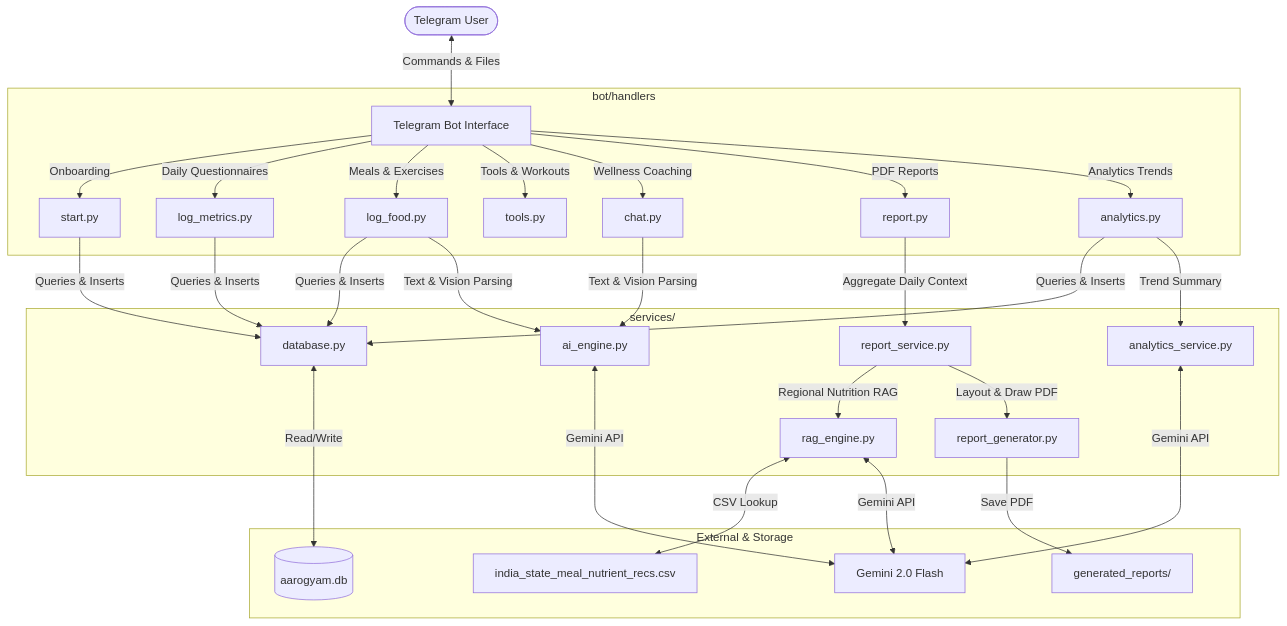
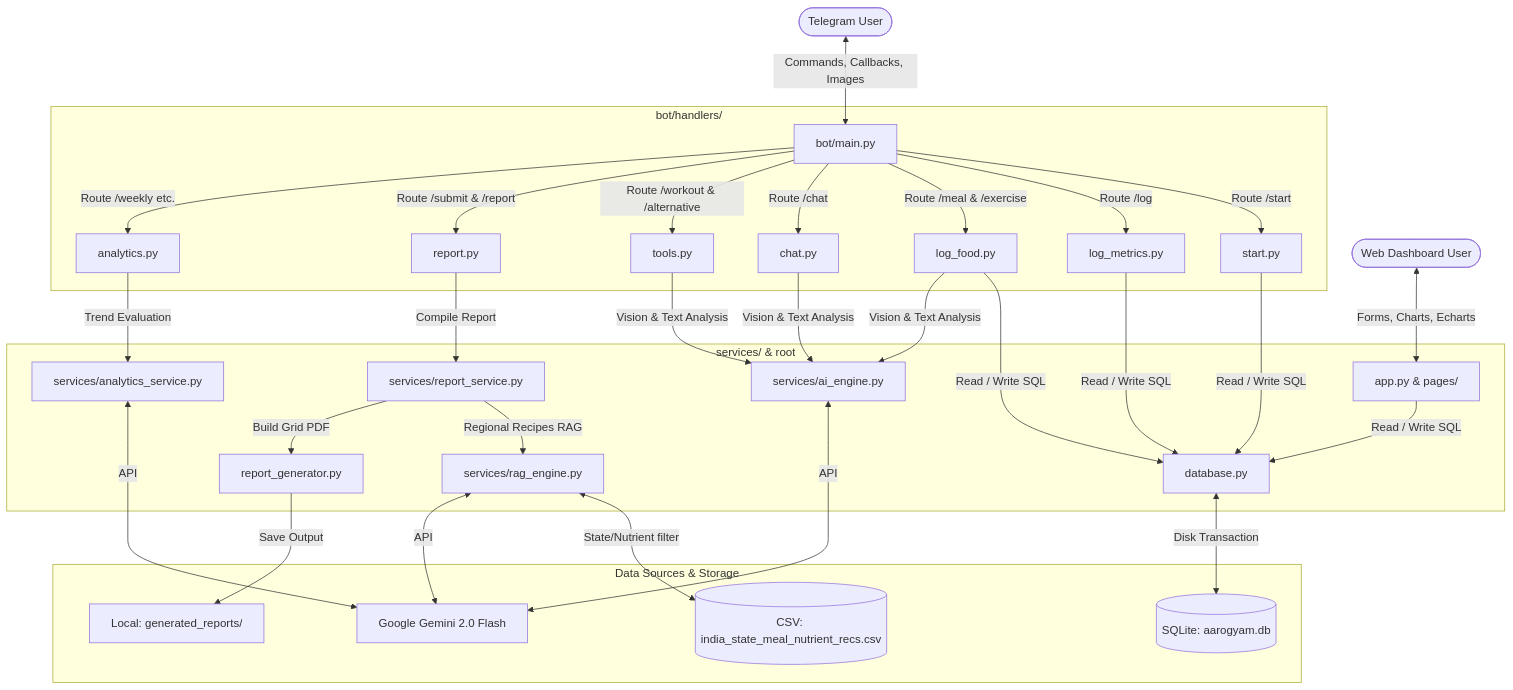
Before and after one commit to swaraj-dash/AarogyamAI: the first of 2 diagrams in PROJECT_DOCUMENTATION.md, drawn with Mermaid. The commit also changed other lines of this file, not shown here.

Commit message:
Docs: finalized complete repository technical blueprint and database DDL schemas

````diff
--- a/PROJECT_DOCUMENTATION.md
+++ b/PROJECT_DOCUMENTATION.md
@@ -11,30 +60,31 @@
 ```mermaid
 graph TD
-    User([Telegram User]) <-->|Commands & Files| TelegramBot[Telegram Bot Interface]
+    User([Telegram User]) <-->|Commands, Callbacks, Images| BotMain[bot/main.py]
+    WebUser([Web Dashboard User]) <-->|Forms, Charts, Echarts| StreamlitApp[app.py & pages/]
     
-    subgraph Bot Layer [bot/handlers]
-        TelegramBot -->|Onboarding| OnboardingH[start.py]
-        TelegramBot -->|Daily Questionnaires| LogMetricsH[log_metrics.py]
-        TelegramBot -->|Meals & Exercises| LogFoodH[log_food.py]
-        TelegramBot -->|Tools & Workouts| ToolsH[tools.py]
-        TelegramBot -->|Wellness Coaching| ChatH[chat.py]
-        TelegramBot -->|PDF Reports| ReportH[report.py]
-        TelegramBot -->|Analytics Trends| AnalyticsH[analytics.py]
+    subgraph Bot Handlers [bot/handlers/]
+        BotMain -->|Route /start| StartH[start.py]
+        BotMain -->|Route /log| LogMetricsH[log_metrics.py]
+        BotMain -->|Route /meal & /exercise| LogFoodH[log_food.py]
+        BotMain -->|Route /chat| ChatH[chat.py]
+        BotMain -->|Route /workout & /alternative| ToolsH[tools.py]
+        BotMain -->|Route /submit & /report| ReportH[report.py]
+        BotMain -->|Route /weekly etc.| AnalyticsH[analytics.py]
     end
 
-    subgraph Service Layer [services/]
-        LogMetricsH & LogFoodH & AnalyticsH & OnboardingH -->|Queries & Inserts| DB[database.py]
-        ChatH & LogFoodH -->|Text & Vision Parsing| AIEngine[ai_engine.py]
-        ReportH -->|Aggregate Daily Context| ReportService[report_service.py]
-        ReportService -->|Regional Nutrition RAG| RAGEngine[rag_engine.py]
-        ReportService -->|Layout & Draw PDF| PDFGen[report_generator.py]
-        AnalyticsH -->|Trend Summary| AnalyticsService[analytics_service.py]
+    subgraph Core Services [services/ & root]
+        StartH & LogMetricsH & LogFoodH & StreamlitApp -->|Read / Write SQL| DB[database.py]
+        ChatH & LogFoodH & ToolsH -->|Vision & Text Analysis| AIEngine[services/ai_engine.py]
+        ReportH -->|Compile Report| ReportService[services/report_service.py]
+        ReportService -->|Regional Recipes RAG| RAGEngine[services/rag_engine.py]
+        ReportService -->|Build Grid PDF| PDFGen[report_generator.py]
+        AnalyticsH -->|Trend Evaluation| AnalyticsService[services/analytics_service.py]
     end
 
-    subgraph External & Storage
-        DB <-->|Read/Write| SQLite[(aarogyam.db)]
-        RAGEngine <-->|CSV Lookup| RAGCSV[india_state_meal_nutrient_recs.csv]
-        AIEngine & RAGEngine & AnalyticsService <-->|Gemini API| Gemini[Gemini 2.0 Flash]
-        PDFGen -->|Save PDF| ReportsDir[generated_reports/]
+    subgraph Data Sources & Storage
+        DB <-->|Disk Transaction| SQLite[(SQLite: aarogyam.db)]
+        RAGEngine <-->|State/Nutrient filter| CSVStore[(CSV: india_state_meal_nutrient_recs.csv)]
+        AIEngine & RAGEngine & AnalyticsService <-->|API| GeminiAPI[Google Gemini 2.0 Flash]
+        PDFGen -->|Save Output| PDFStorage[Local: generated_reports/]
     end
 ```
````
